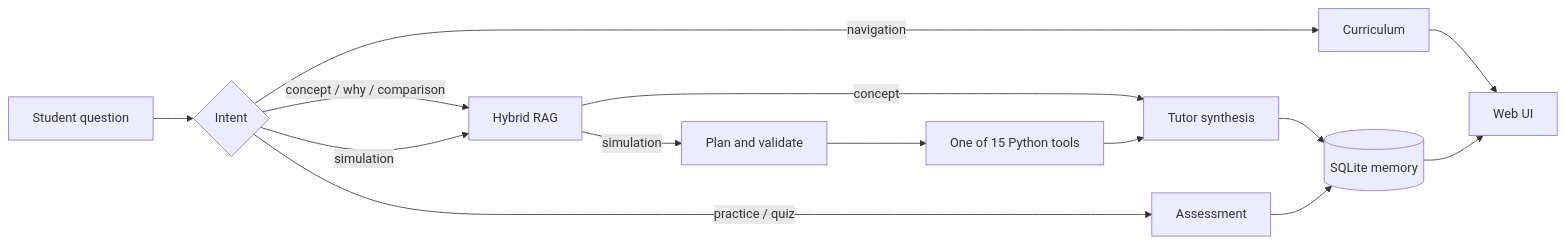
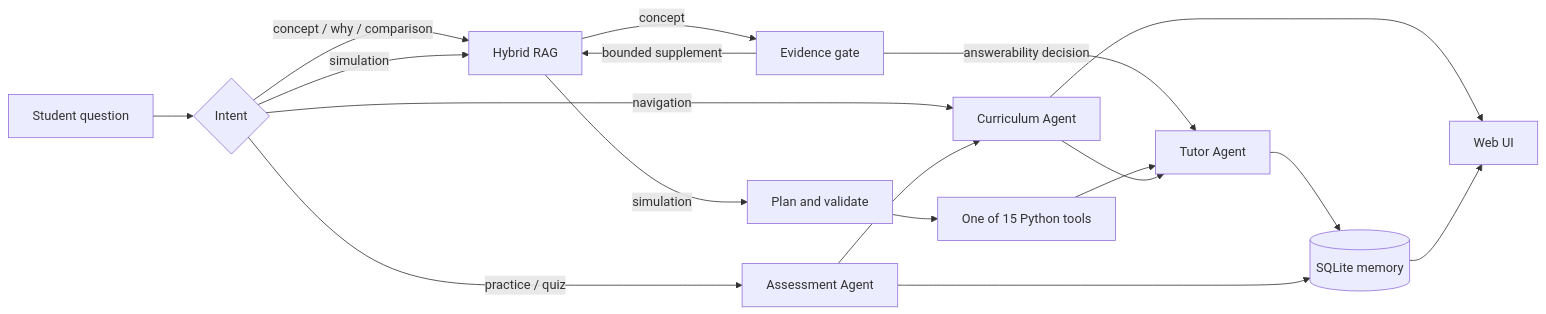
Before and after one commit to JW35711/ai-tutor-for-stochastic-processes: the diagram in docs/ARCHITECTURE.md, drawn with Mermaid. The commit also changed other lines of this file and 47 other files, not shown here.

````diff
--- a/docs/ARCHITECTURE.md
+++ b/docs/ARCHITECTURE.md
@@ -16,16 +18,20 @@
 ```mermaid
 flowchart LR
     Q[Student question] --> I{Intent}
-    I -->|navigation| C[Curriculum]
+    I -->|navigation| C[Curriculum Agent]
     I -->|concept / why / comparison| R[Hybrid RAG]
     I -->|simulation| R
-    R -->|concept| A[Tutor synthesis]
+    R -->|concept| E[Evidence gate]
+    E -->|bounded supplement| R
+    E -->|answerability decision| A[Tutor Agent]
     R -->|simulation| P[Plan and validate]
     P --> T[One of 15 Python tools]
     T --> A
-    I -->|practice / quiz| X[Assessment]
+    I -->|practice / quiz| X[Assessment Agent]
+    X --> C
     A --> M[(SQLite memory)]
     X --> M
+    C --> A
     C --> UI[Web UI]
     M --> UI
 ```
````
